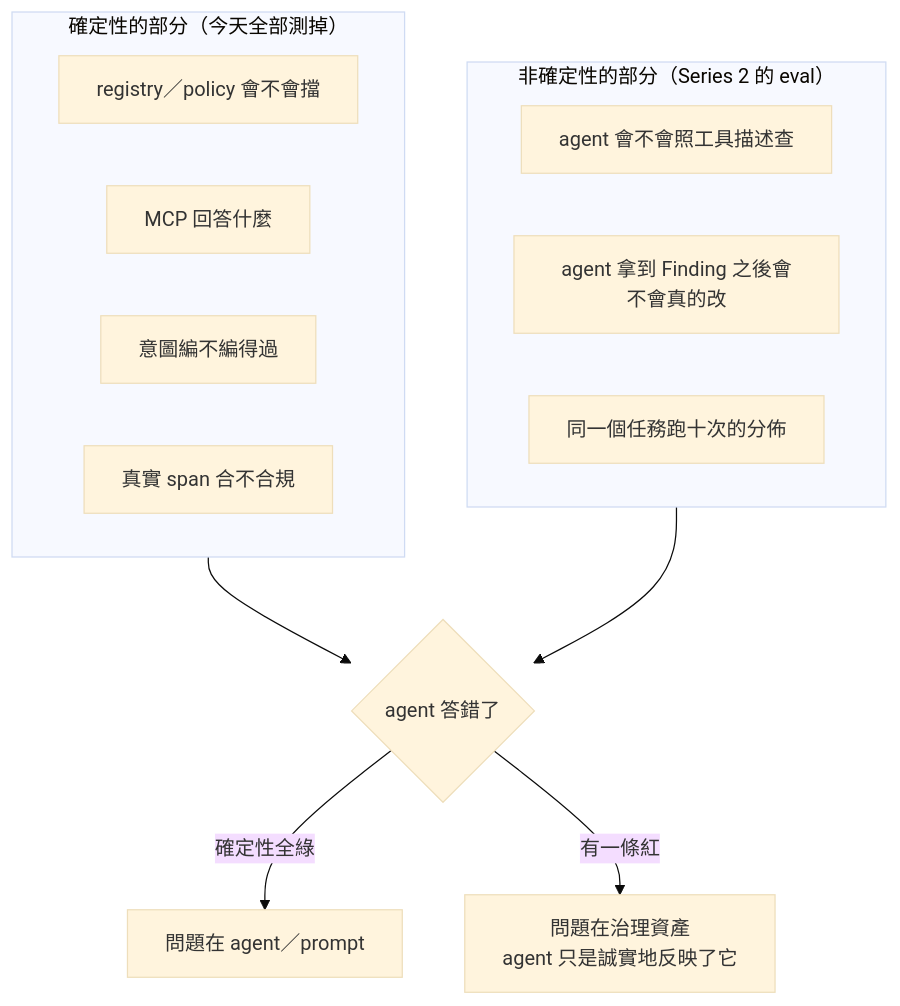
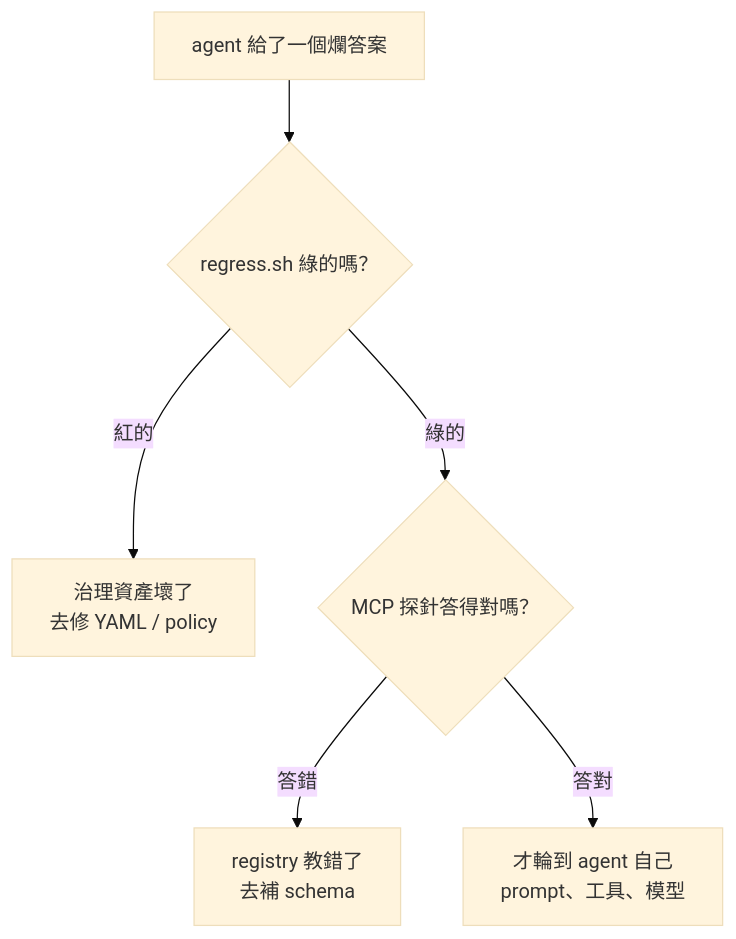
Before and after one commit to tedmax100/o11y-bench: the second of 2 diagrams in weaver-demo/ironman-2026/day12.md, drawn with Mermaid (base theme). The commit also changed other lines of this file and 1 other file, not shown here.

````diff
--- a/weaver-demo/ironman-2026/day12.md
+++ b/weaver-demo/ironman-2026/day12.md
@@ -22,18 +174,8 @@
 ```mermaid
 flowchart TB
-    subgraph D["確定性的部分（今天全部測掉）"]
-      D1["registry／policy 會不會擋"]
-      D2["MCP 回答什麼"]
-      D3["意圖編不編得過"]
-      D4["真實 span 合不合規"]
-    end
-    subgraph N["非確定性的部分（Series 2 的 eval）"]
-      N1["agent 會不會照工具描述查"]
-      N2["agent 拿到 Finding 之後會不會真的改"]
-      N3["同一個任務跑十次的分佈"]
-    end
-    D --> Q{"agent 答錯了"}
-    N --> Q
-    Q -->|"確定性全綠"| A1["問題在 agent／prompt"]
-    Q -->|"有一條紅"| A2["問題在治理資產<br/>agent 只是誠實地反映了它"]
+    Q["agent 給了一個爛答案"] --> A{"regress.sh 綠的嗎？"}
+    A -->|"紅的"| G["治理資產壞了<br/>去修 YAML / policy"]
+    A -->|"綠的"| B{"MCP 探針答得對嗎？"}
+    B -->|"答錯"| S["registry 教錯了<br/>去補 schema"]
+    B -->|"答對"| C["才輪到 agent 自己<br/>prompt、工具、模型"]
 ```
````
